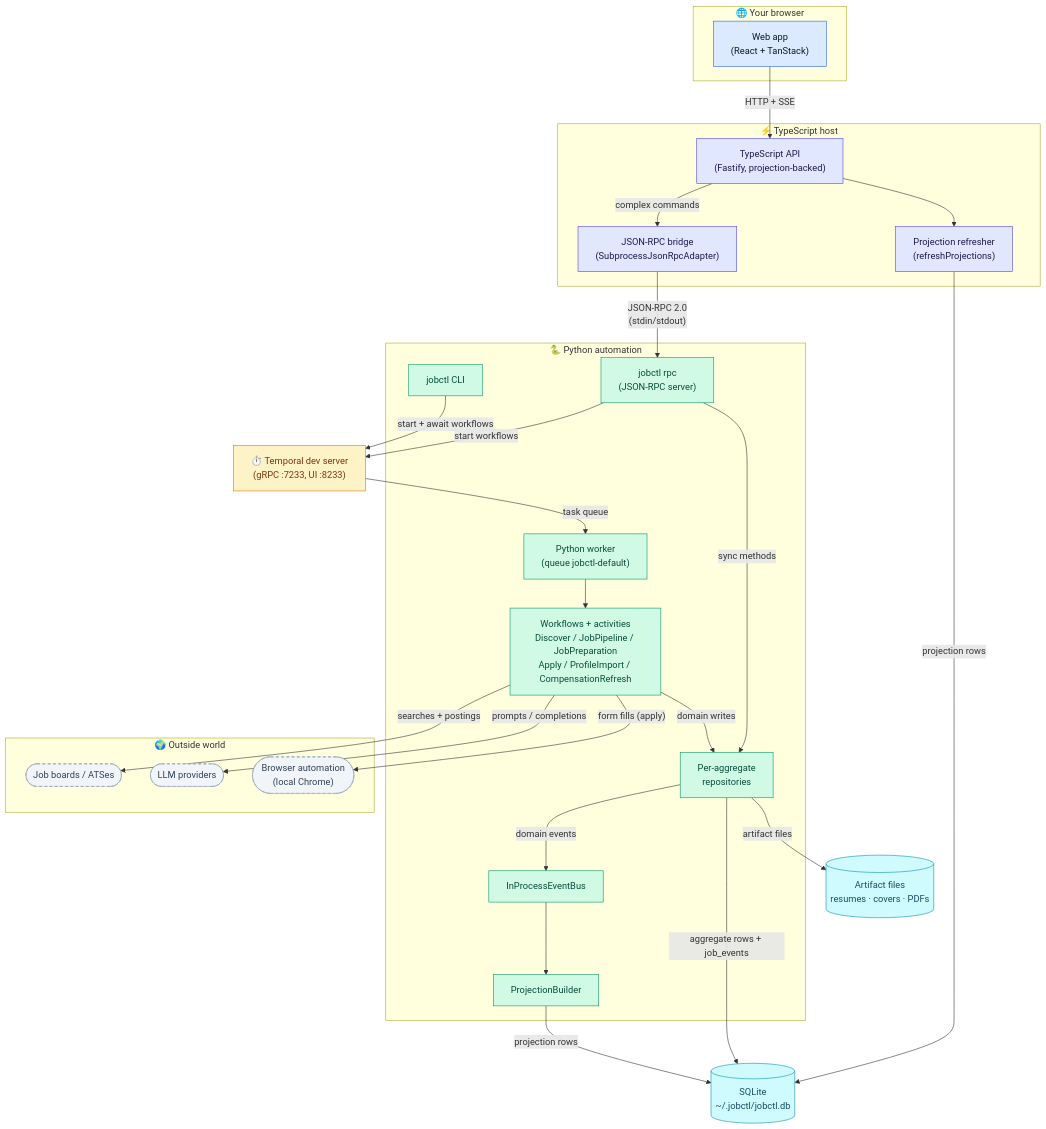
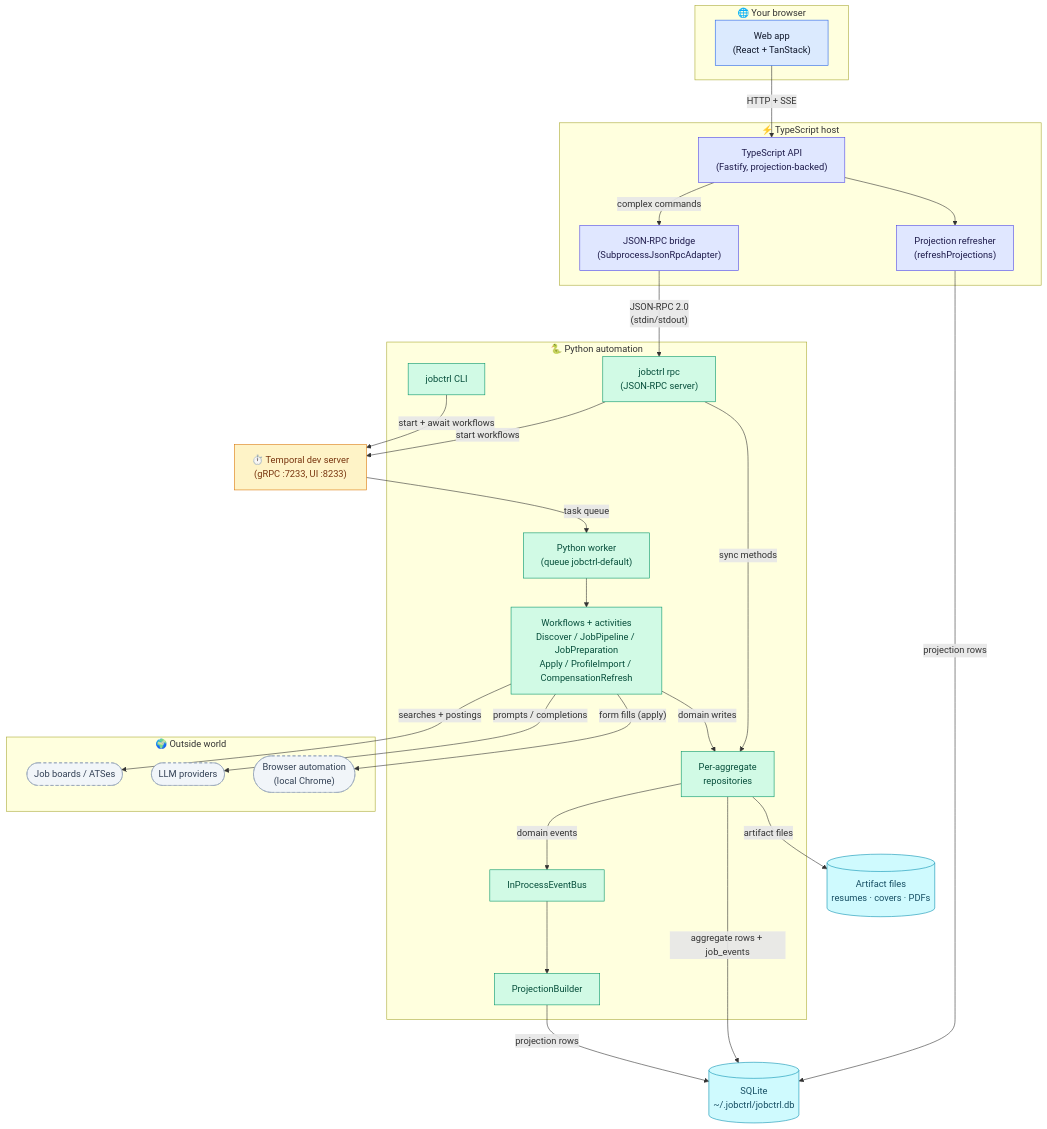
The diagram in docs/architecture/index.md (ebarti/JobCtrl), drawn with Mermaid before and after one commit. The commit also changed other lines of this file and 1284 other files, not shown here.

````diff
--- a/docs/architecture/index.md
+++ b/docs/architecture/index.md
@@ -13,61 +13,61 @@
 ```mermaid
 flowchart TD
   subgraph Client["🌐 Your browser"]
     Web["Web app<br/>(React + TanStack)"]
   end
   subgraph TS["⚡ TypeScript host"]
     Api["TypeScript API<br/>(Fastify, projection-backed)"]
     Projections["Projection refresher<br/>(refreshProjections)"]
     JsonRpc["JSON-RPC bridge<br/>(SubprocessJsonRpcAdapter)"]
   end
   subgraph Py["🐍 Python automation"]
-    RpcSrv["jobctl rpc<br/>(JSON-RPC server)"]
-    Cli["jobctl CLI"]
-    Worker["Python worker<br/>(queue jobctl-default)"]
+    RpcSrv["jobctrl rpc<br/>(JSON-RPC server)"]
+    Cli["jobctrl CLI"]
+    Worker["Python worker<br/>(queue jobctrl-default)"]
     Workflows["Workflows + activities<br/>Discover / JobPipeline / JobPreparation<br/>Apply / ProfileImport / CompensationRefresh"]
     Bus["InProcessEventBus"]
     Repos["Per-aggregate<br/>repositories"]
     Builder["ProjectionBuilder"]
   end
   Temporal["⏱️ Temporal dev server<br/>(gRPC :7233, UI :8233)"]
-  Db[("SQLite<br/>~/.jobctl/jobctl.db")]
+  Db[("SQLite<br/>~/.jobctrl/jobctrl.db")]
   Files[("Artifact files<br/>resumes · covers · PDFs")]
   subgraph Ext["🌍 Outside world"]
     Boards(["Job boards / ATSes"])
     LLM(["LLM providers"])
     Browser(["Browser automation<br/>(local Chrome)"])
   end
 
   Web -- "HTTP + SSE" --> Api
   Api --> Projections
   Api -- "complex commands" --> JsonRpc
   Projections -- "projection rows" --> Db
   JsonRpc -- "JSON-RPC 2.0<br/>(stdin/stdout)" --> RpcSrv
   RpcSrv -- "start workflows" --> Temporal
   RpcSrv -- "sync methods" --> Repos
   Cli -- "start + await workflows" --> Temporal
   Temporal -- "task queue" --> Worker
   Worker --> Workflows
   Workflows -- "domain writes" --> Repos
   Repos -- "aggregate rows + job_events" --> Db
   Repos -- "domain events" --> Bus
   Bus --> Builder
   Builder -- "projection rows" --> Db
   Repos -- "artifact files" --> Files
   Workflows -- "searches + postings" --> Boards
   Workflows -- "prompts / completions" --> LLM
   Workflows -- "form fills (apply)" --> Browser
 
   classDef ui fill:#dbeafe,stroke:#2563eb,color:#0f172a
   classDef ts fill:#e0e7ff,stroke:#4f46e5,color:#1e1b4b
   classDef py fill:#d1fae5,stroke:#059669,color:#064e3b
   classDef infra fill:#fef3c7,stroke:#d97706,color:#78350f
   classDef store fill:#cffafe,stroke:#0891b2,color:#164e63
   classDef ext fill:#f1f5f9,stroke:#94a3b8,color:#334155,stroke-dasharray:5 4
   class Web ui
   class Api,Projections,JsonRpc ts
   class RpcSrv,Cli,Worker,Workflows,Bus,Repos,Builder py
   class Temporal infra
   class Db,Files store
   class Boards,LLM,Browser ext
 ```
````
